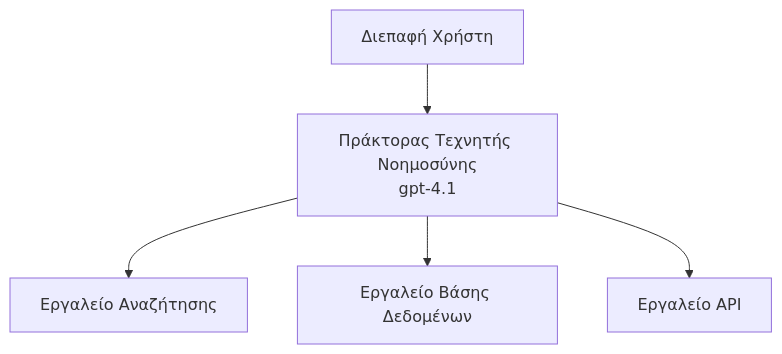
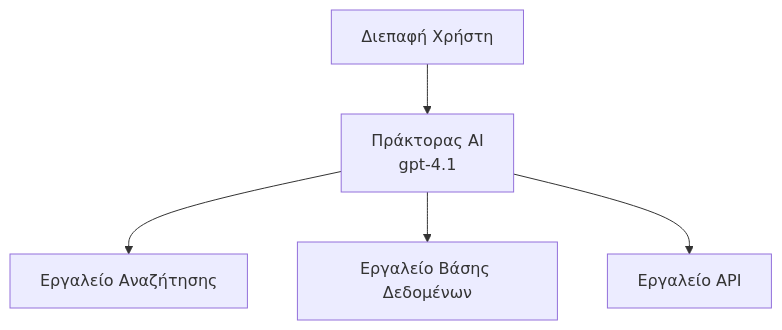
Before and after one commit to microsoft/AZD-for-beginners: the first of 3 diagrams in translations/el/docs/chapter-02-ai-development/agents.md, drawn with Mermaid. The commit also changed other lines of this file and 59 other files, not shown here.

````diff
--- a/translations/el/docs/chapter-02-ai-development/agents.md
+++ b/translations/el/docs/chapter-02-ai-development/agents.md
@@ -162,7 +162,7 @@
 ```mermaid
 graph TD
-    UI[Διεπαφή Χρήστη] --> Agent[Πράκτορας Τεχνητής Νοημοσύνης<br/>gpt-4.1]
+    UI[Διεπαφή Χρήστη] --> Agent[Πράκτορας AI<br/>gpt-4.1]
     Agent --> Search[Εργαλείο Αναζήτησης]
     Agent --> Database[Εργαλείο Βάσης Δεδομένων]
     Agent --> API[Εργαλείο API]
 ```
````
